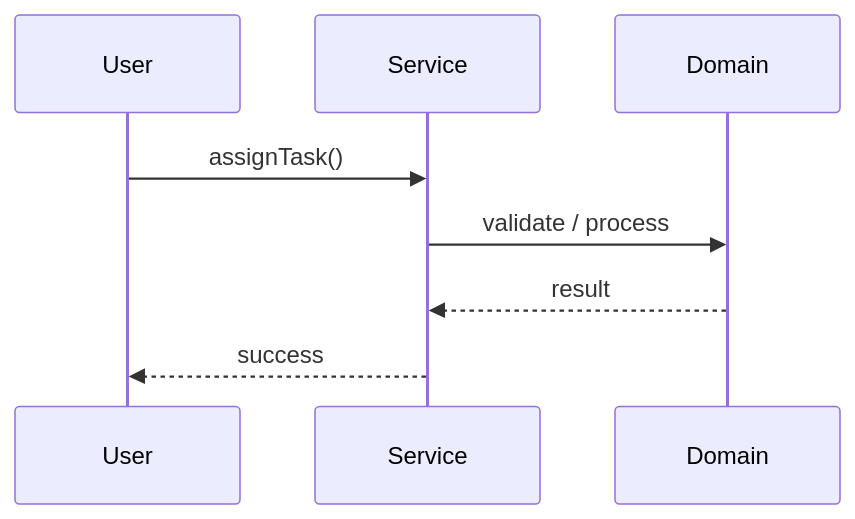
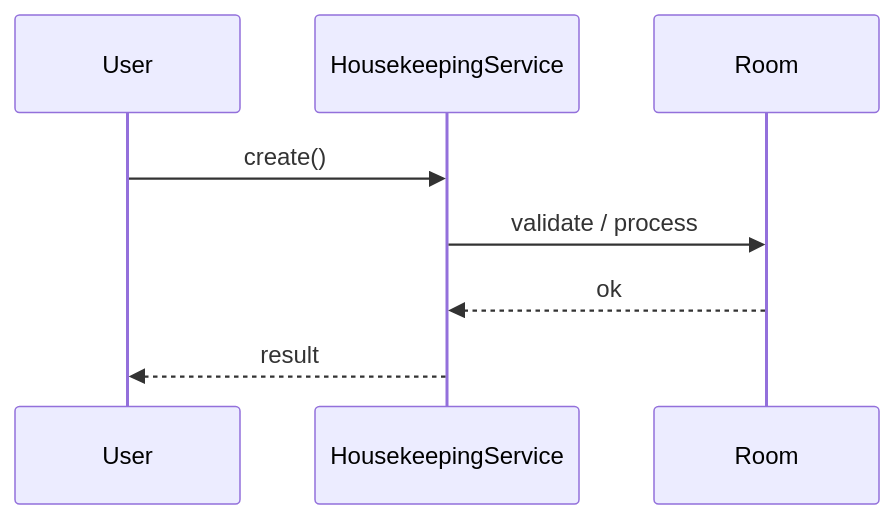
One commit to madhupaila/Interview-Prep-SSE changed the second of 3 diagrams in Learn/System Design - Low Level Design/02-classic-ood/questions/Q57-hotel-housekeeping.md. Above: the diagram before and after it, drawn with Mermaid. The commit also changed other lines of this file and 491 other files, not shown here.

````diff
--- a/Learn/System Design - Low Level Design/02-classic-ood/questions/Q57-hotel-housekeeping.md
+++ b/Learn/System Design - Low Level Design/02-classic-ood/questions/Q57-hotel-housekeeping.md
@@ -121,10 +150,10 @@
 ```mermaid
 sequenceDiagram
-    participant U as User
-    participant S as Service
-    participant D as Domain
-    U->>S: assignTask()
-    S->>D: validate / process
-    D-->>S: result
-    S-->>U: success
+participant U as User
+participant S as HousekeepingService
+participant D as Room
+U->>S: create()
+S->>D: validate / process
+D-->>S: ok
+S-->>U: result
 ```
````
